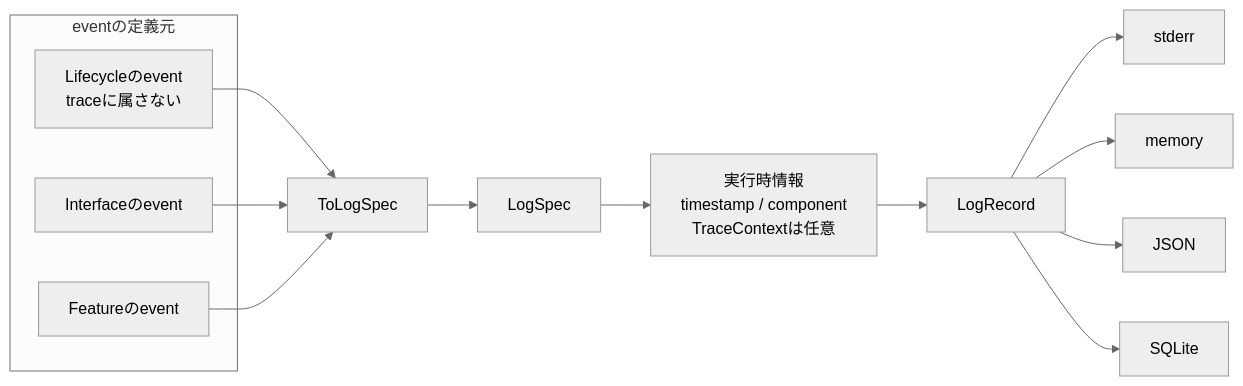
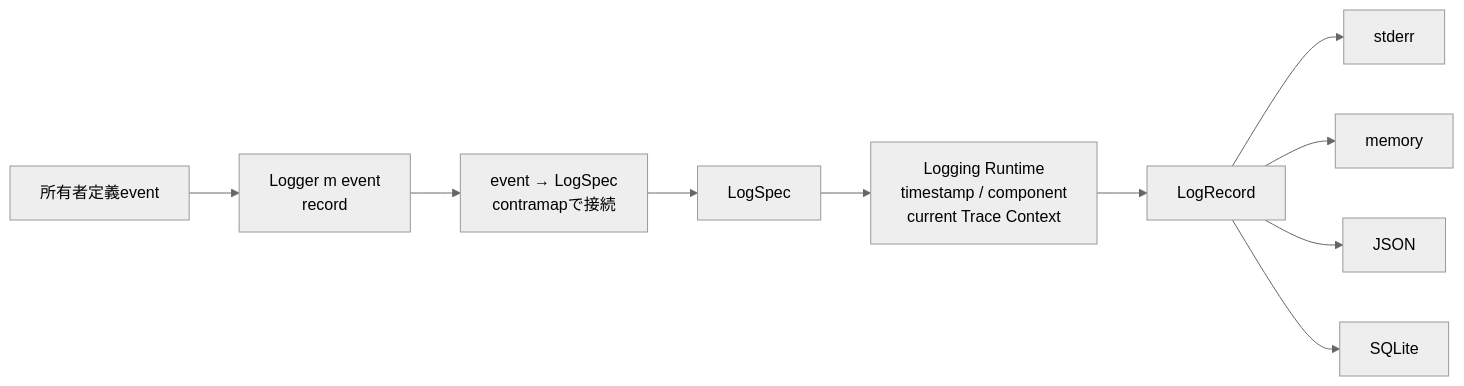
The second of 2 diagrams in Notes/RAGScope/RAGScopeアプリケーション/実行追跡・構造化ログ概要図.md (takashit16833/Workbench), drawn with Mermaid (neutral theme) before and after one commit. The commit also changed other lines of this file, not shown here.

Commit message:
docs: sync RS-0022 typed logger design

````diff
--- a/Notes/RAGScope/RAGScopeアプリケーション/実行追跡・構造化ログ概要図.md
+++ b/Notes/RAGScope/RAGScopeアプリケーション/実行追跡・構造化ログ概要図.md
@@ -67,25 +67,20 @@
 ```mermaid
 flowchart LR
-    subgraph owners["eventの定義元"]
-        Lifecycle["Lifecycleのevent<br/>traceに属さない"]
-        InterfaceEvent["Interfaceのevent"]
-        FeatureEvent["Featureのevent"]
-    end
-
-    ToLogSpec["ToLogSpec"]
+    Event["所有者定義event"]
+    Logger["Logger m event<br/>record"]
+    Convert["event → LogSpec<br/>contramapで接続"]
     LogSpec["LogSpec"]
-    Runtime["実行時情報<br/>timestamp / component<br/>TraceContextは任意"]
+    Runtime["Logging Runtime<br/>timestamp / component<br/>current Trace Context"]
     LogRecord["LogRecord"]
 
-    Lifecycle --> ToLogSpec
-    InterfaceEvent --> ToLogSpec
-    FeatureEvent --> ToLogSpec
-    ToLogSpec --> LogSpec
+    Event --> Logger
+    Logger --> Convert
+    Convert --> LogSpec
     LogSpec --> Runtime
     Runtime --> LogRecord
 
     LogRecord --> Stderr["stderr"]
     LogRecord --> Memory["memory"]
     LogRecord --> JSON["JSON"]
     LogRecord --> SQLite["SQLite"]
 ```
````
